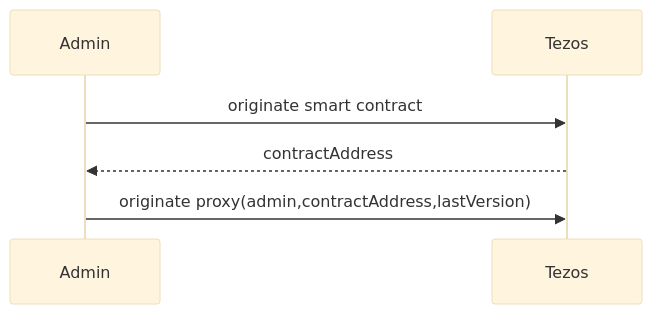
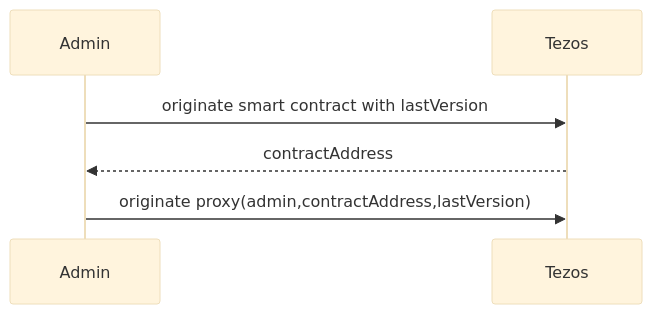
The second of 7 diagrams in README.md (marigold-dev/training-dapp-3), drawn with Mermaid (base theme) before and after one commit. The commit also changed other lines of this file and 2 other files, not shown here.

````diff
--- a/README.md
+++ b/README.md
@@ -130,6 +124,6 @@
 ```mermaid
 sequenceDiagram
-  Admin->>Tezos: originate smart contract
+  Admin->>Tezos: originate smart contract with lastVersion
   Tezos-->>Admin: contractAddress
   Admin->>Tezos: originate proxy(admin,contractAddress,lastVersion)
 ```
````
